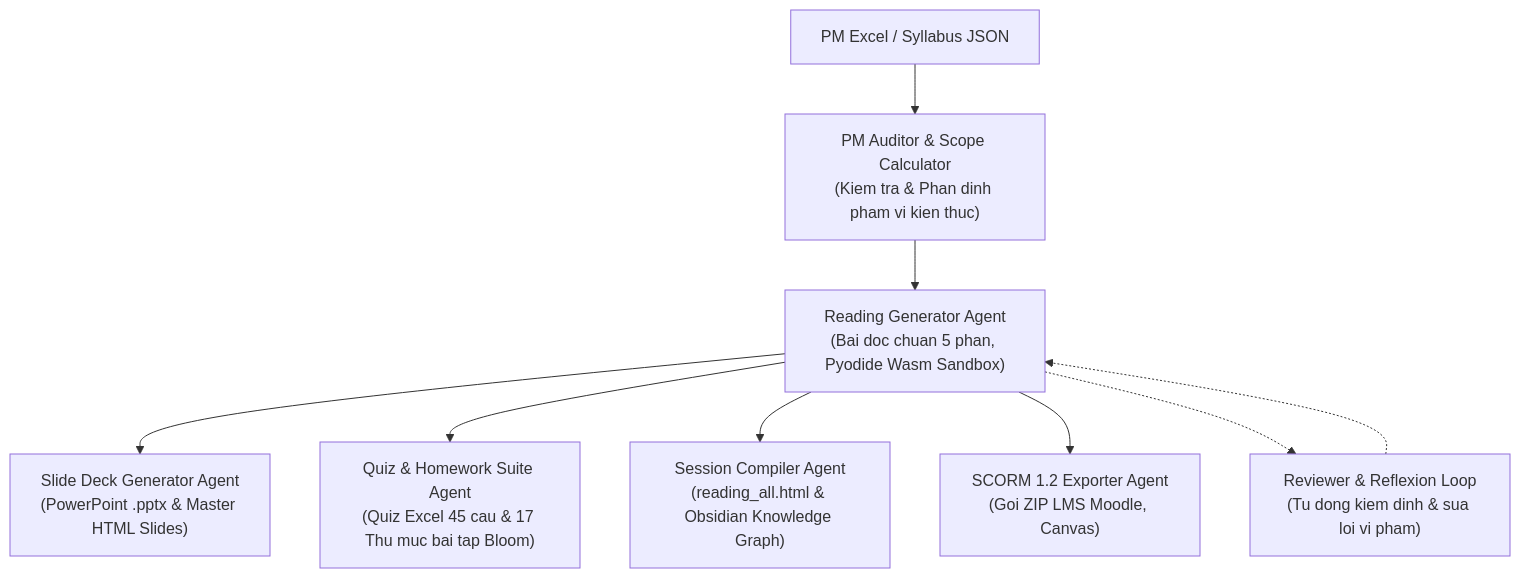
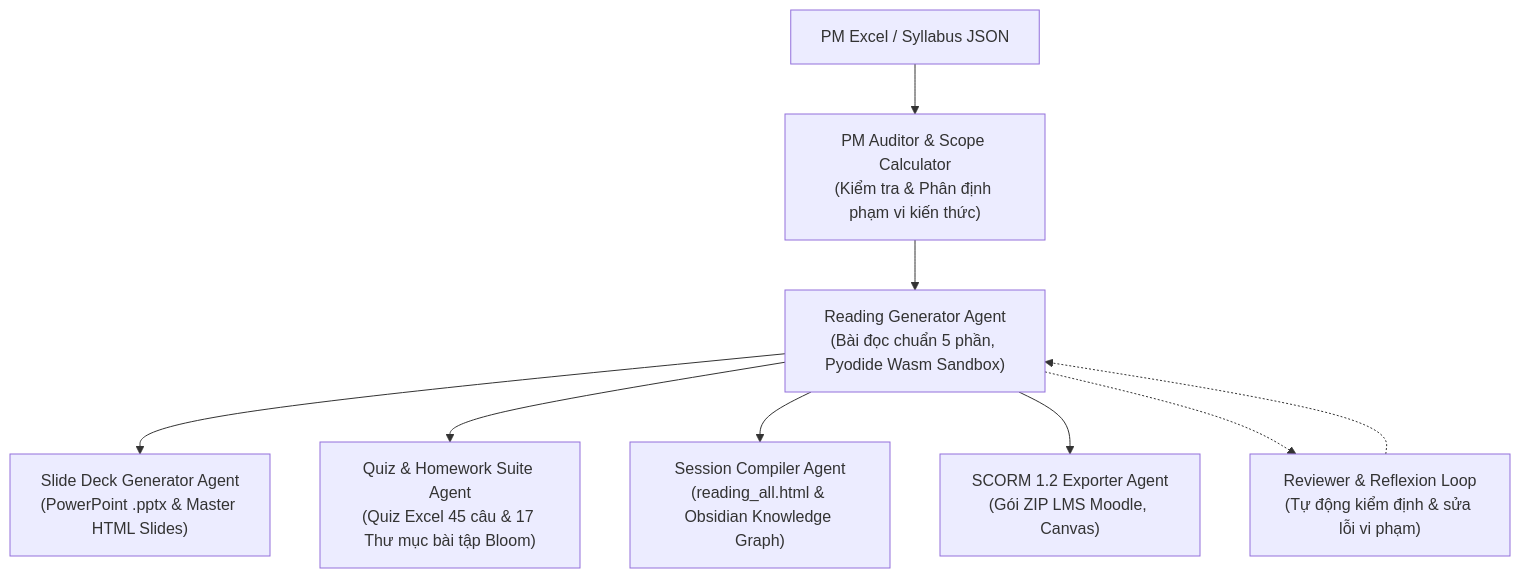
The diagram in documents/01_tong_quan_he_thong_multi_agent.md (ngoquy12/learning_material), drawn with Mermaid before and after one commit. The commit also changed other lines of this file and 5 other files, not shown here.

````diff
--- a/documents/01_tong_quan_he_thong_multi_agent.md
+++ b/documents/01_tong_quan_he_thong_multi_agent.md
@@ -10,12 +10,12 @@
 ```mermaid
 flowchart TD
-    PM["PM Excel / Syllabus JSON"] --> A1["PM Auditor & Scope Calculator<br>(Kiem tra & Phan dinh pham vi kien thuc)"]
-    A1 --> A2["Reading Generator Agent<br>(Bai doc chuan 5 phan, Pyodide Wasm Sandbox)"]
+    PM["PM Excel / Syllabus JSON"] --> A1["PM Auditor & Scope Calculator<br>(Kiểm tra & Phân định phạm vi kiến thức)"]
+    A1 --> A2["Reading Generator Agent<br>(Bài đọc chuẩn 5 phần, Pyodide Wasm Sandbox)"]
     A2 --> A3["Slide Deck Generator Agent<br>(PowerPoint .pptx & Master HTML Slides)"]
-    A2 --> A4["Quiz & Homework Suite Agent<br>(Quiz Excel 45 cau & 17 Thu muc bai tap Bloom)"]
+    A2 --> A4["Quiz & Homework Suite Agent<br>(Quiz Excel 45 câu & 17 Thư mục bài tập Bloom)"]
     A2 --> A5["Session Compiler Agent<br>(reading_all.html & Obsidian Knowledge Graph)"]
-    A2 --> A6["SCORM 1.2 Exporter Agent<br>(Goi ZIP LMS Moodle, Canvas)"]
+    A2 --> A6["SCORM 1.2 Exporter Agent<br>(Gói ZIP LMS Moodle, Canvas)"]
     
-    A2 -.-> R["Reviewer & Reflexion Loop<br>(Tu dong kiem dinh & sua loi vi pham)"]
+    A2 -.-> R["Reviewer & Reflexion Loop<br>(Tự động kiểm định & sửa lỗi vi phạm)"]
     R -.-> A2
 ```
````
